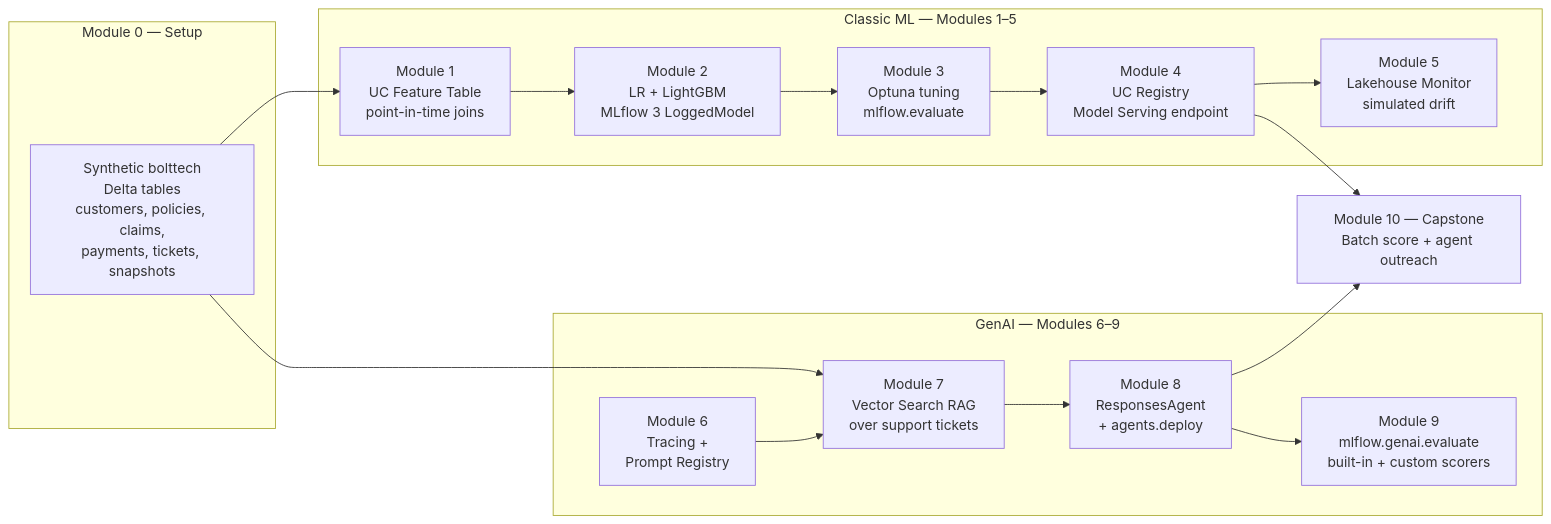
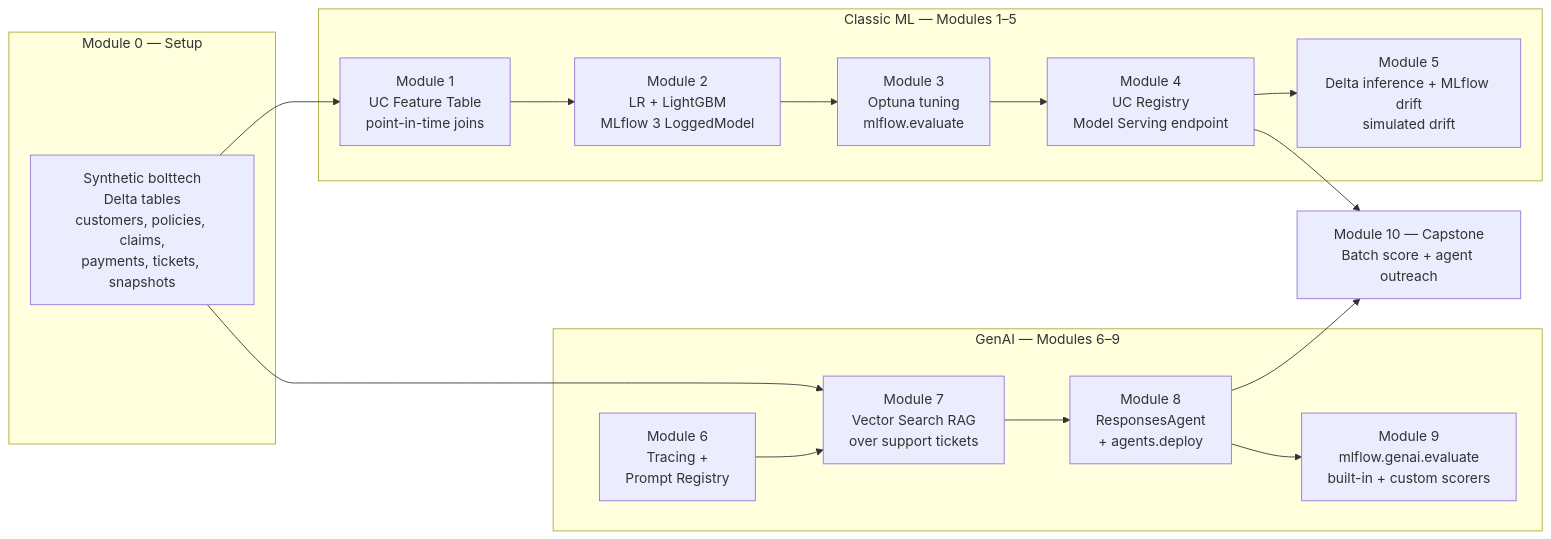
Before and after one commit to zhihantan/mlflow3-databricks-churn-workshop: the diagram in README.md, drawn with Mermaid. The commit also changed other lines of this file and 8 other files, not shown here.

````diff
--- a/README.md
+++ b/README.md
@@ -9,29 +9,29 @@
 ```mermaid
 flowchart LR
     subgraph Setup [Module 0 — Setup]
         S0[Synthetic bolttech<br/>Delta tables<br/>customers, policies, claims,<br/>payments, tickets, snapshots]
     end
 
     subgraph ClassicML [Classic ML — Modules 1–5]
         M1[Module 1<br/>UC Feature Table<br/>point-in-time joins]
         M2[Module 2<br/>LR + LightGBM<br/>MLflow 3 LoggedModel]
         M3[Module 3<br/>Optuna tuning<br/>mlflow.evaluate]
         M4[Module 4<br/>UC Registry<br/>Model Serving endpoint]
-        M5[Module 5<br/>Lakehouse Monitor<br/>simulated drift]
+        M5[Module 5<br/>Delta inference + MLflow drift<br/>simulated drift]
     end
 
     subgraph GenAI [GenAI — Modules 6–9]
         M6[Module 6<br/>Tracing +<br/>Prompt Registry]
         M7[Module 7<br/>Vector Search RAG<br/>over support tickets]
         M8[Module 8<br/>ResponsesAgent<br/>+ agents.deploy]
         M9[Module 9<br/>mlflow.genai.evaluate<br/>built-in + custom scorers]
     end
 
     M10[Module 10 — Capstone<br/>Batch score + agent outreach]
 
     S0 --> M1 --> M2 --> M3 --> M4 --> M5
     M4 --> M10
     S0 --> M7
     M6 --> M7 --> M8 --> M9
     M8 --> M10
 ```
````
